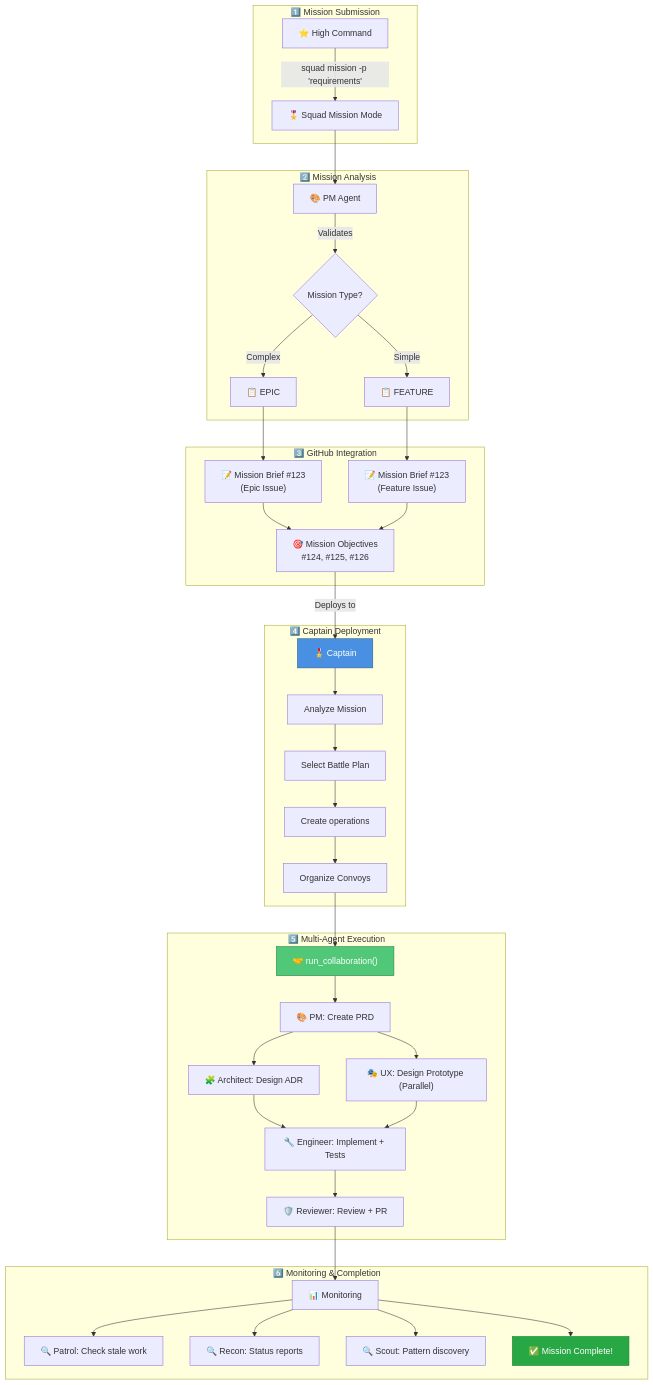
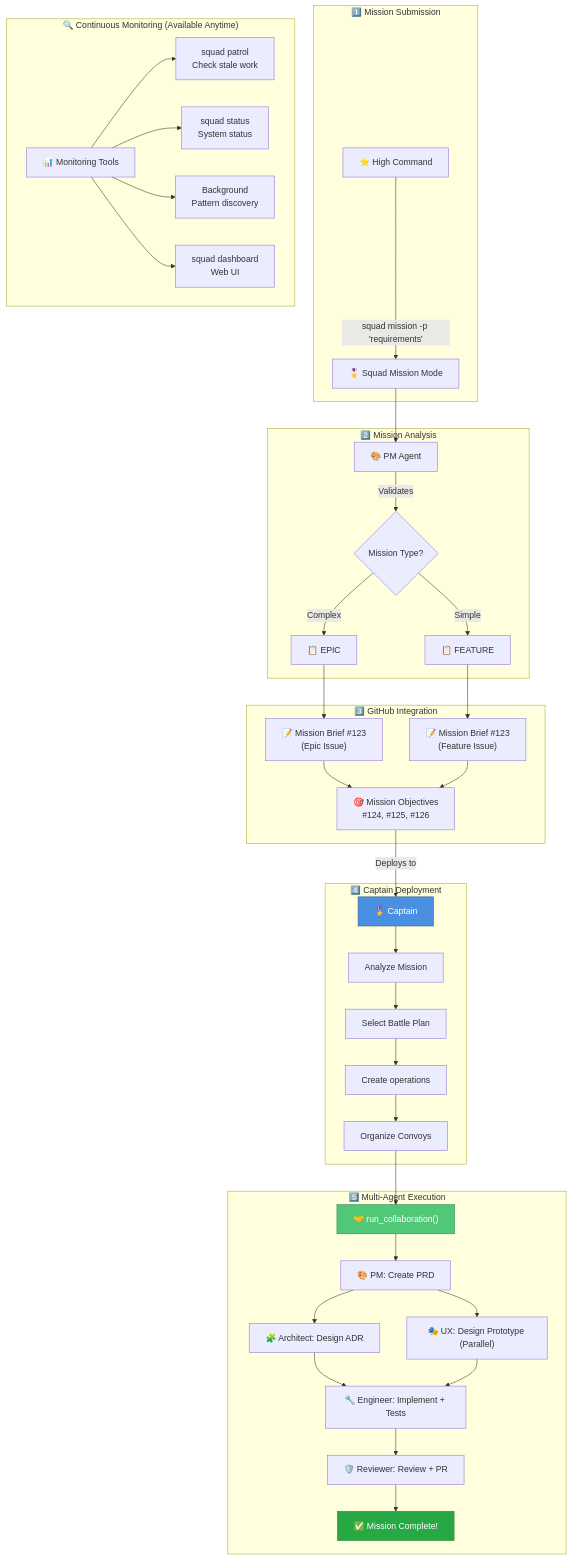
Before and after one commit to jnPiyush/AI-Squad: the fifth of 8 diagrams in README.md, drawn with Mermaid. The commit also changed other lines of this file, not shown here.

Commit message:
docs: fix Squad Mission workflow - remove sequential monitoring step
- Remove misleading step 6 'Monitoring & Completion' from workflow diagram
- Clarify monitoring tools (patrol, status, dashboard) are available anytime, not sequential steps
- Update workflow to show correct completion: Reviewer → Mission Complete
- Add separate 'Continuous Monitoring' section showing monitoring as independent tools
- Update Key Components table to show monitoring tools as commands with CLI usage

````diff
--- a/README.md
+++ b/README.md
@@ -315,50 +315,51 @@
 ```mermaid
 graph TB
     subgraph "1️⃣ Mission Submission"
         User["⭐ High Command"] -->|"squad mission -p 'requirements'"| Auto["🎖️ Squad Mission Mode"]
     end
     
     subgraph "2️⃣ Mission Analysis"
         Auto --> PM["🎨 PM Agent"]
         PM -->|Validates| Type{Mission Type?}
         Type -->|Complex| Epic["📋 EPIC"]
         Type -->|Simple| Feature["📋 FEATURE"]
     end
     
     subgraph "3️⃣ GitHub Integration"
         Epic --> Brief1["📝 Mission Brief #123<br/>(Epic Issue)"]
         Feature --> Brief2["📝 Mission Brief #123<br/>(Feature Issue)"]
         Brief1 --> Obj["🎯 Mission Objectives<br/>#124, #125, #126"]
         Brief2 --> Obj
     end
     
     subgraph "4️⃣ Captain Deployment"
         Obj -->|Deploys to| Captain["🎖️ Captain"]
         Captain --> Analyze["Analyze Mission"]
         Analyze --> BP["Select Battle Plan"]
         BP --> WI["Create operations"]
         WI --> Convoy["Organize Convoys"]
     end
     
     subgraph "5️⃣ Multi-Agent Execution"
         Convoy --> Collab["🤝 run_collaboration()"]
         Collab --> PM2["🎨 PM: Create PRD"]
         PM2 --> Arch["🧩 Architect: Design ADR"]
         PM2 --> UX["🎭 UX: Design Prototype (Parallel)"]
         Arch --> Eng["🔧 Engineer: Implement + Tests"]
         UX --> Eng
         Eng --> Rev["🛡️ Reviewer: Review + PR"]
+        Rev --> Done["✅ Mission Complete!"]
     end
     
-    subgraph "6️⃣ Monitoring & Completion"
-        Rev --> Monitor["📊 Monitoring"]
-        Monitor --> Patrol["🔍 Patrol: Check stale work"]
-        Monitor --> Recon["🔍 Recon: Status reports"]
-        Monitor --> Scout["🔍 Scout: Pattern discovery"]
-        Monitor --> Done["✅ Mission Complete!"]
+    subgraph "🔍 Continuous Monitoring (Available Anytime)"
+        Monitor["📊 Monitoring Tools"]
+        Monitor --> Patrol["squad patrol<br/>Check stale work"]
+        Monitor --> Recon["squad status<br/>System status"]
+        Monitor --> Scout["Background<br/>Pattern discovery"]
+        Monitor --> Dashboard["squad dashboard<br/>Web UI"]
     end
     
     style Captain fill:#4A90E2,stroke:#2E5C8A,color:#fff
     style Collab fill:#50C878,stroke:#2E7D4E,color:#fff
     style Done fill:#28A745,stroke:#1E7E34,color:#fff
 ```
````
